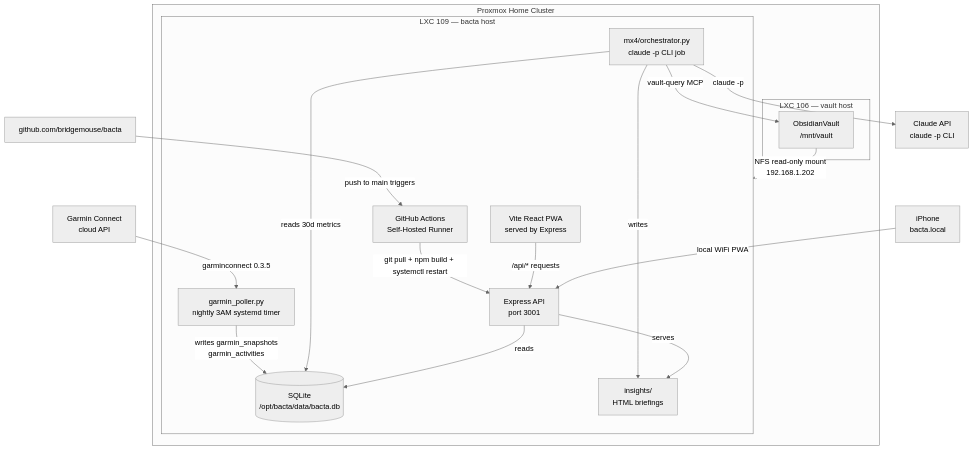
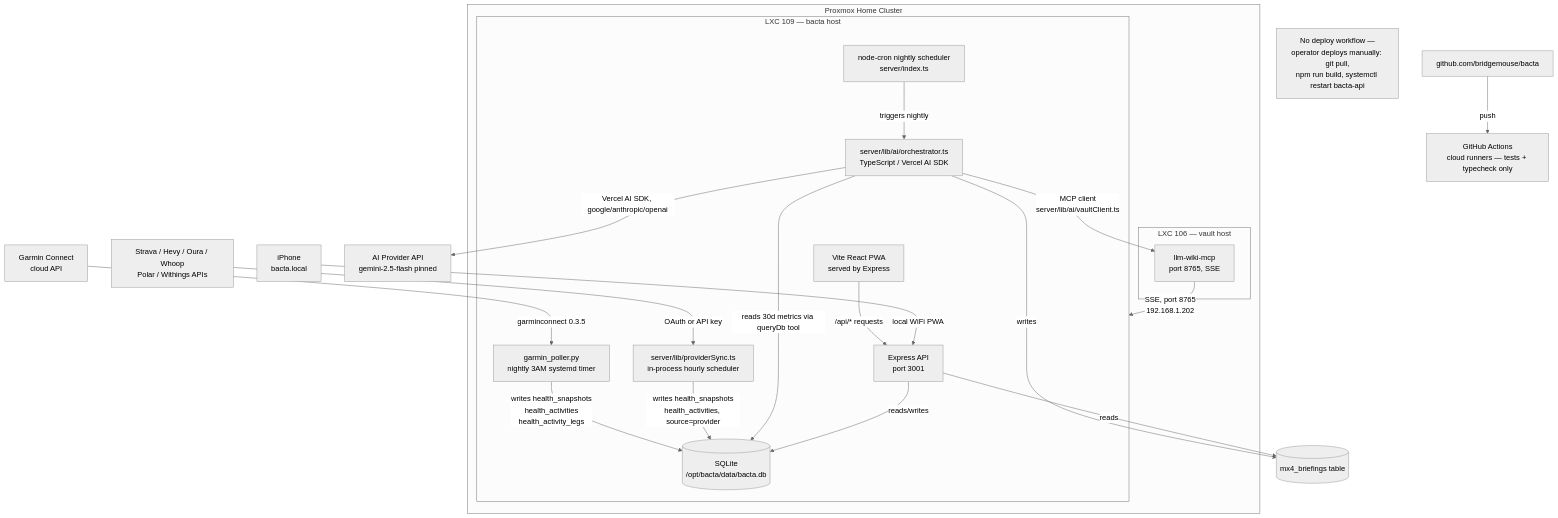
One commit to bridgemouse/Bacta changed the diagram in docs/ARCHITECTURE.md. Above: the diagram before and after it, drawn with Mermaid (neutral theme). The commit also changed other lines of this file and 13 other files, not shown here.

````diff
--- a/docs/ARCHITECTURE.md
+++ b/docs/ARCHITECTURE.md
@@ -5,30 +5,33 @@
 ```mermaid
 graph TD
     subgraph Proxmox Home Cluster
         subgraph LXC109[LXC 109 — bacta host]
-            GH[GitHub Actions\nSelf-Hosted Runner]
             API[Express API\nport 3001]
             CLIENT[Vite React PWA\nserved by Express]
             DB[(SQLite\n/opt/bacta/data/bacta.db)]
             POLLER[garmin_poller.py\nnightly 3AM systemd timer]
-            ORC[mx4/orchestrator.py\nclaude -p CLI job]
-            INSIGHTS[insights/\nHTML briefings]
+            PROVSYNC[server/lib/providerSync.ts\nin-process hourly scheduler]
+            ORC[server/lib/ai/orchestrator.ts\nTypeScript / Vercel AI SDK]
+            CRON[node-cron nightly scheduler\nserver/index.ts]
         end
         subgraph LXC106[LXC 106 — vault host]
-            VAULT[ObsidianVault\n/mnt/vault]
+            VAULTSRV[llm-wiki-mcp\nport 8765, SSE]
         end
     end
-    GITHUB[github.com/bridgemouse/bacta] -->|push to main triggers| GH
-    GH -->|git pull + npm build + systemctl restart| API
+    GITHUB[github.com/bridgemouse/bacta] -->|push| CI[GitHub Actions\ncloud runners — tests + typecheck only]
+    NOTE[No deploy workflow —\noperator deploys manually: git pull,\nnpm run build, systemctl restart bacta-api]
     GARMIN[Garmin Connect\ncloud API] -->|garminconnect 0.3.5| POLLER
-    POLLER -->|writes garmin_snapshots\ngarmin_activities| DB
-    VAULT -->|NFS read-only mount\n192.168.1.202| LXC109
-    ORC -->|reads 30d metrics| DB
-    ORC -->|vault-query MCP| VAULT
-    ORC -->|claude -p| CLAUDE[Claude API\nclaude -p CLI]
-    ORC -->|writes| INSIGHTS
-    API -->|reads| DB
-    API -->|serves| INSIGHTS
+    OAUTH[Strava / Hevy / Oura / Whoop\nPolar / Withings APIs] -->|OAuth or API key| PROVSYNC
+    POLLER -->|writes health_snapshots\nhealth_activities\nhealth_activity_legs| DB
+    PROVSYNC -->|writes health_snapshots\nhealth_activities, source=provider| DB
+    VAULTSRV -->|SSE, port 8765\n192.168.1.202| LXC109
+    ORC -->|reads 30d metrics via queryDb tool| DB
+    ORC -->|MCP client\nserver/lib/ai/vaultClient.ts| VAULTSRV
+    ORC -->|Vercel AI SDK, google/anthropic/openai| PROVIDER[AI Provider API\ngemini-2.5-flash pinned]
+    ORC -->|writes| MX4B[(mx4_briefings table)]
+    CRON -->|triggers nightly| ORC
+    API -->|reads/writes| DB
+    API -->|reads| MX4B
     CLIENT -->|/api/* requests| API
     IPHONE[iPhone\nbacta.local] -->|local WiFi PWA| API
 ```
````
